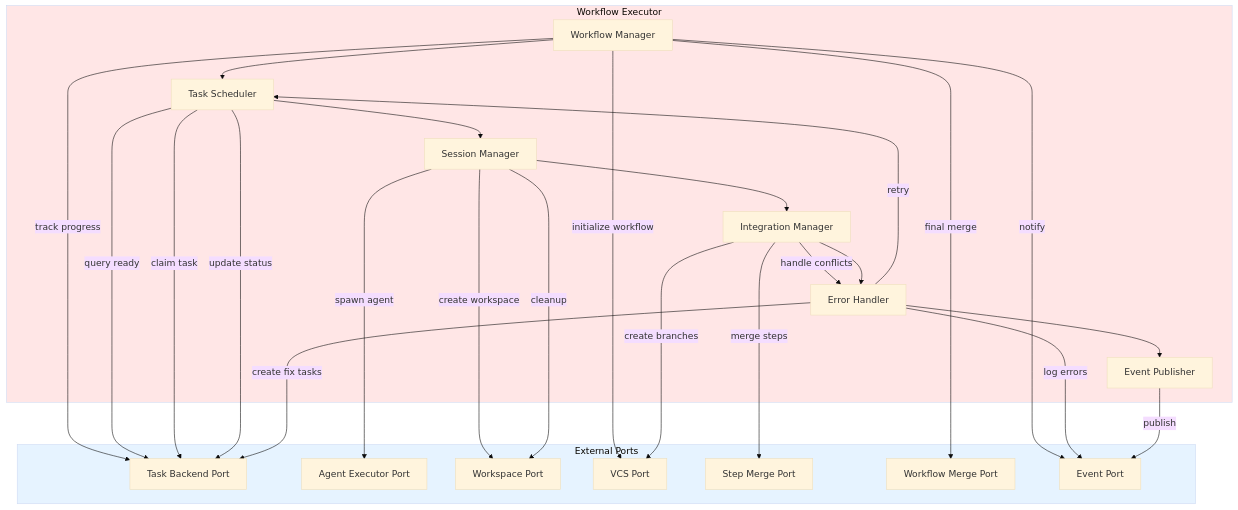
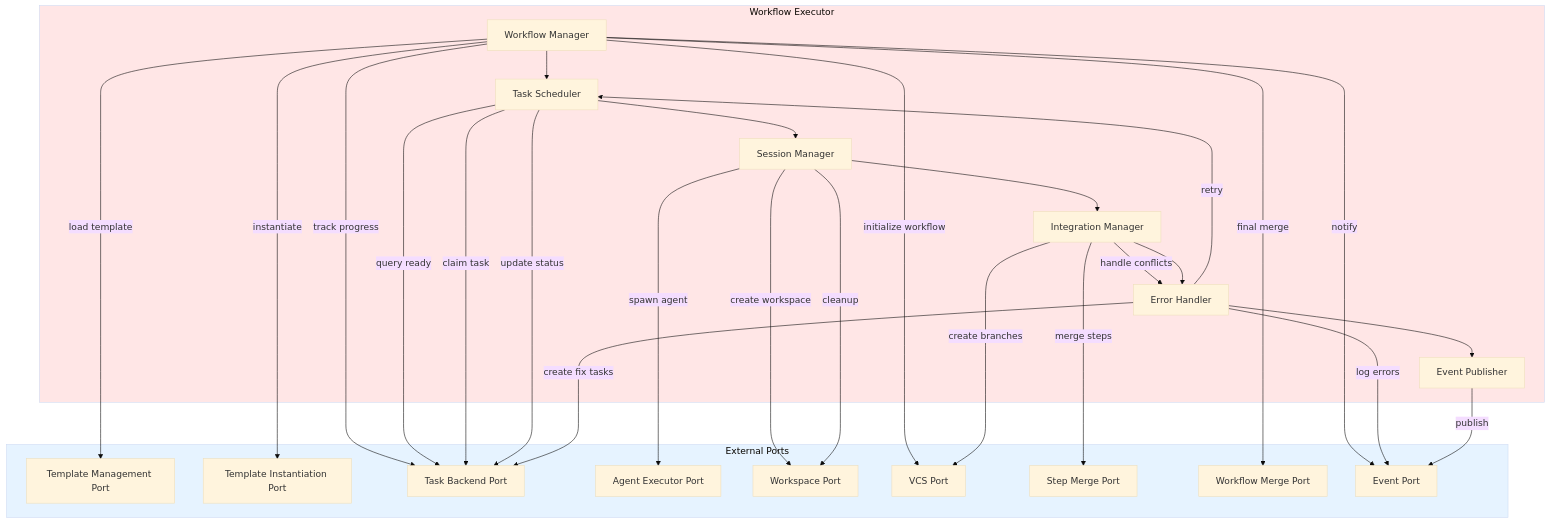
Before and after one commit to davidvc/codeflow: the diagram in docs/architecture/executor-design.md, drawn with Mermaid (base theme). The commit also changed other lines of this file and 1 other file, not shown here.

````diff
--- a/docs/architecture/executor-design.md
+++ b/docs/architecture/executor-design.md
@@ -56,60 +56,64 @@
 ```mermaid
 graph TB
     subgraph Executor["Workflow Executor"]
         WM[Workflow Manager]
         TS[Task Scheduler]
         SM[Session Manager]
         IM[Integration Manager]
         EH[Error Handler]
         EP[Event Publisher]
     end
 
     subgraph Ports["External Ports"]
+        TMP[Template Management Port]
+        TIP[Template Instantiation Port]
         TBP[Task Backend Port]
         AEP[Agent Executor Port]
         WIP[Workspace Port]
         VOP[VCS Port]
         SMP[Step Merge Port]
         WMP[Workflow Merge Port]
         EVP[Event Port]
     end
 
     %% Workflow Manager interactions
+    WM -->|load template| TMP
+    WM -->|instantiate| TIP
     WM -->|initialize workflow| VOP
     WM -->|track progress| TBP
     WM -->|final merge| WMP
     WM -->|notify| EVP
 
     %% Task Scheduler interactions
     TS -->|query ready| TBP
     TS -->|claim task| TBP
     TS -->|update status| TBP
 
     %% Session Manager interactions
     SM -->|create workspace| WIP
     SM -->|spawn agent| AEP
     SM -->|cleanup| WIP
 
     %% Integration Manager interactions
     IM -->|merge steps| SMP
     IM -->|create branches| VOP
     IM -->|handle conflicts| EH
 
     %% Error Handler interactions
     EH -->|create fix tasks| TBP
     EH -->|log errors| EVP
     EH -->|retry| TS
 
     %% Event Publisher
     EP -->|publish| EVP
 
     %% Internal dependencies
     WM --> TS
     TS --> SM
     SM --> IM
     IM --> EH
     EH --> EP
 
     style Executor fill:#ffe6e6
     style Ports fill:#e6f3ff
 ```
````
